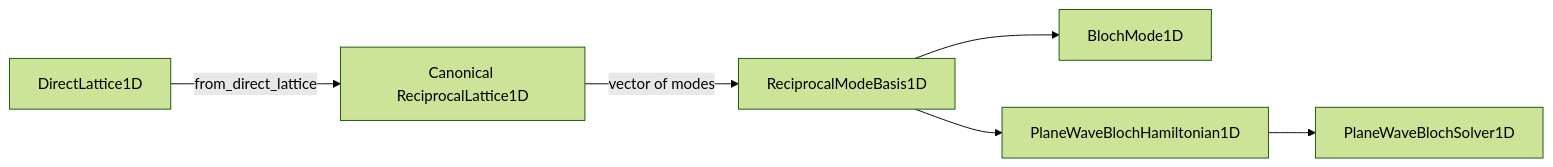
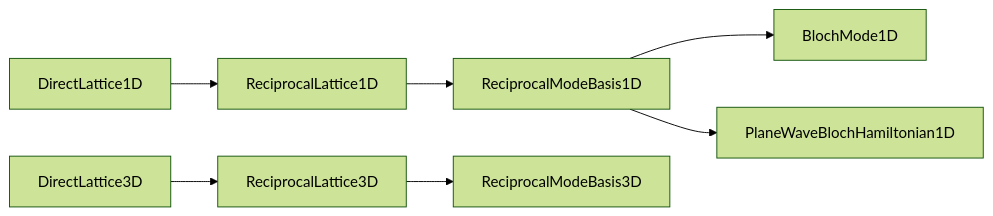
Before and after one commit to eragasa/projectkoios-physkit: the diagram in docs/architecture/projectkoios/physkit/periodic/basis/index.md, drawn with Mermaid (forest theme). The commit also changed other lines of this file and 5 other files, not shown here.

Commit message:
feat: add three-dimensional reciprocal mode basis

````diff
--- a/docs/architecture/projectkoios/physkit/periodic/basis/index.md
+++ b/docs/architecture/projectkoios/physkit/periodic/basis/index.md
@@ -33,8 +33,9 @@
 ```mermaid
 flowchart LR
-    D[DirectLattice1D] -->|from_direct_lattice| R[Canonical ReciprocalLattice1D]
-    R -->|vector of modes| B[ReciprocalModeBasis1D]
-    B --> M[BlochMode1D]
-    B --> H[PlaneWaveBlochHamiltonian1D]
-    H --> S[PlaneWaveBlochSolver1D]
+    D1[DirectLattice1D] --> R1[ReciprocalLattice1D]
+    R1 --> B1[ReciprocalModeBasis1D]
+    B1 --> M1[BlochMode1D]
+    B1 --> H1[PlaneWaveBlochHamiltonian1D]
+    D3[DirectLattice3D] --> R3[ReciprocalLattice3D]
+    R3 --> B3[ReciprocalModeBasis3D]
 ```
````
